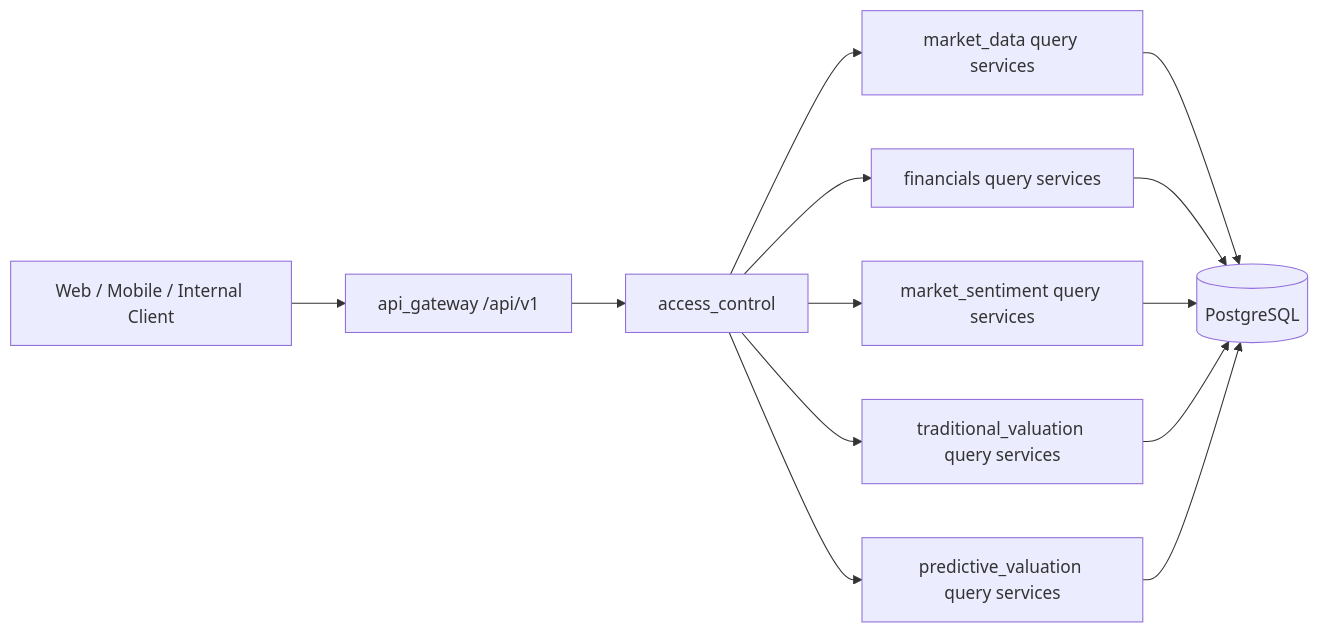
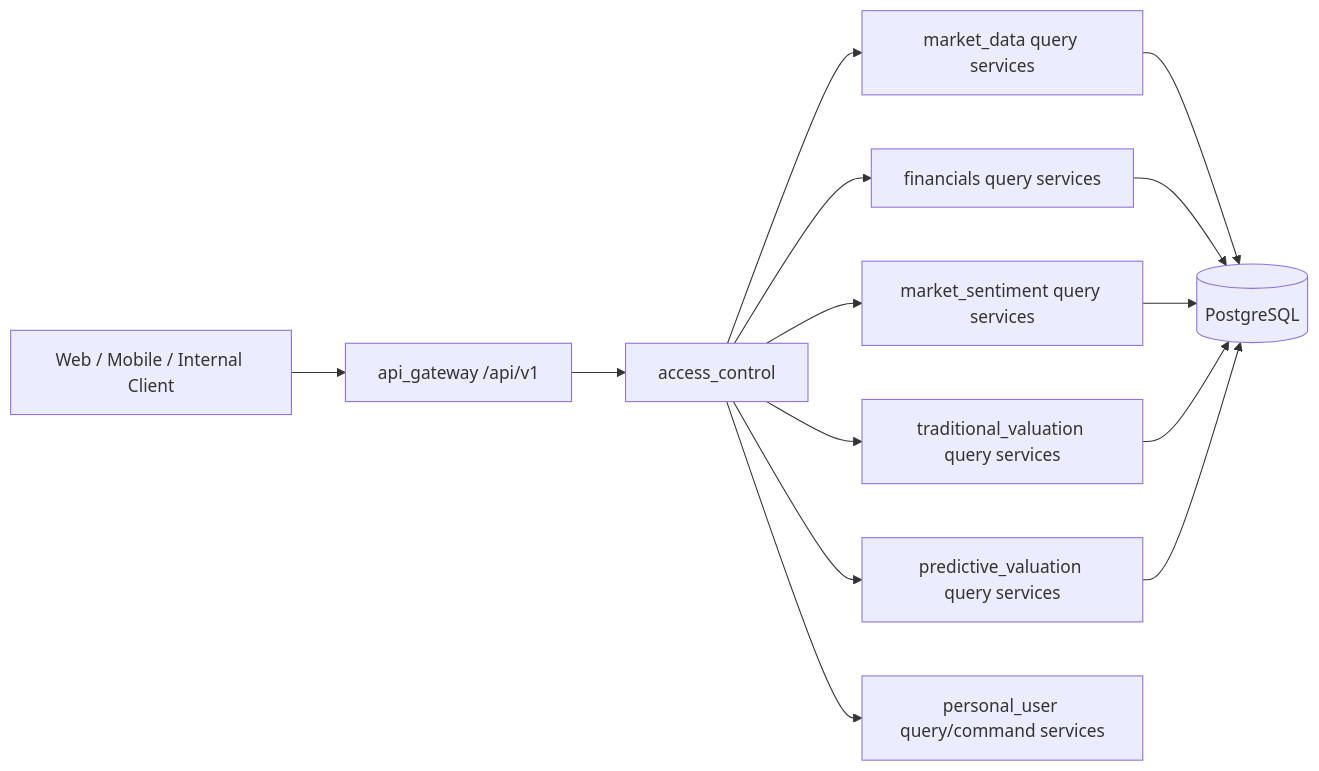
The diagram in manniu/docs/requirements/modules/api-gateway-design.md (bizeasy17/sms), drawn with Mermaid before and after one commit. The commit also changed other lines of this file and 35 other files, not shown here.

````diff
--- a/manniu/docs/requirements/modules/api-gateway-design.md
+++ b/manniu/docs/requirements/modules/api-gateway-design.md
@@ -29,15 +30,16 @@
 ```mermaid
 flowchart LR
     Client[Web / Mobile / Internal Client] --> Gateway[api_gateway /api/v1]
     Gateway --> Auth[access_control]
     Auth --> MarketQuery[market_data query services]
     Auth --> FinancialQuery[financials query services]
     Auth --> SentimentQuery[market_sentiment query services]
     Auth --> TraditionalQuery[traditional_valuation query services]
     Auth --> PredictiveQuery[predictive_valuation query services]
+    Auth --> PersonalUser[personal_user query/command services]
     MarketQuery --> PG[(PostgreSQL)]
     FinancialQuery --> PG
     SentimentQuery --> PG
     TraditionalQuery --> PG
     PredictiveQuery --> PG
 ```
````
